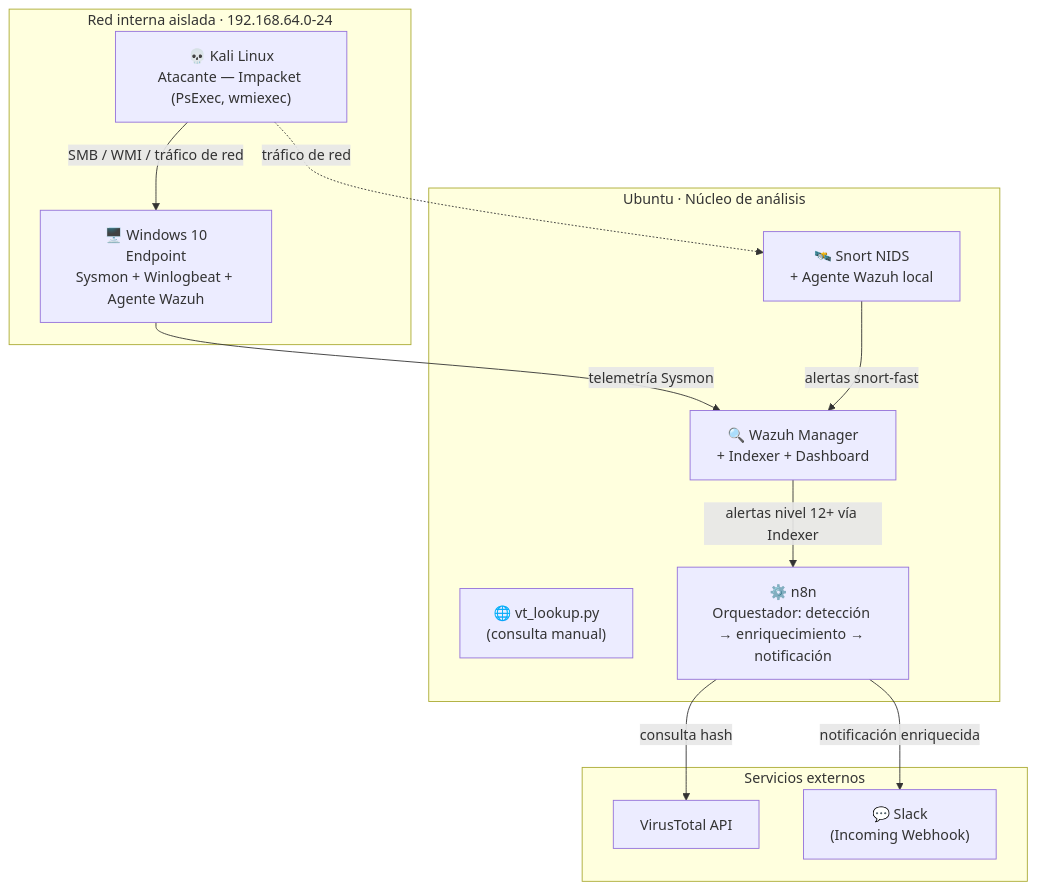
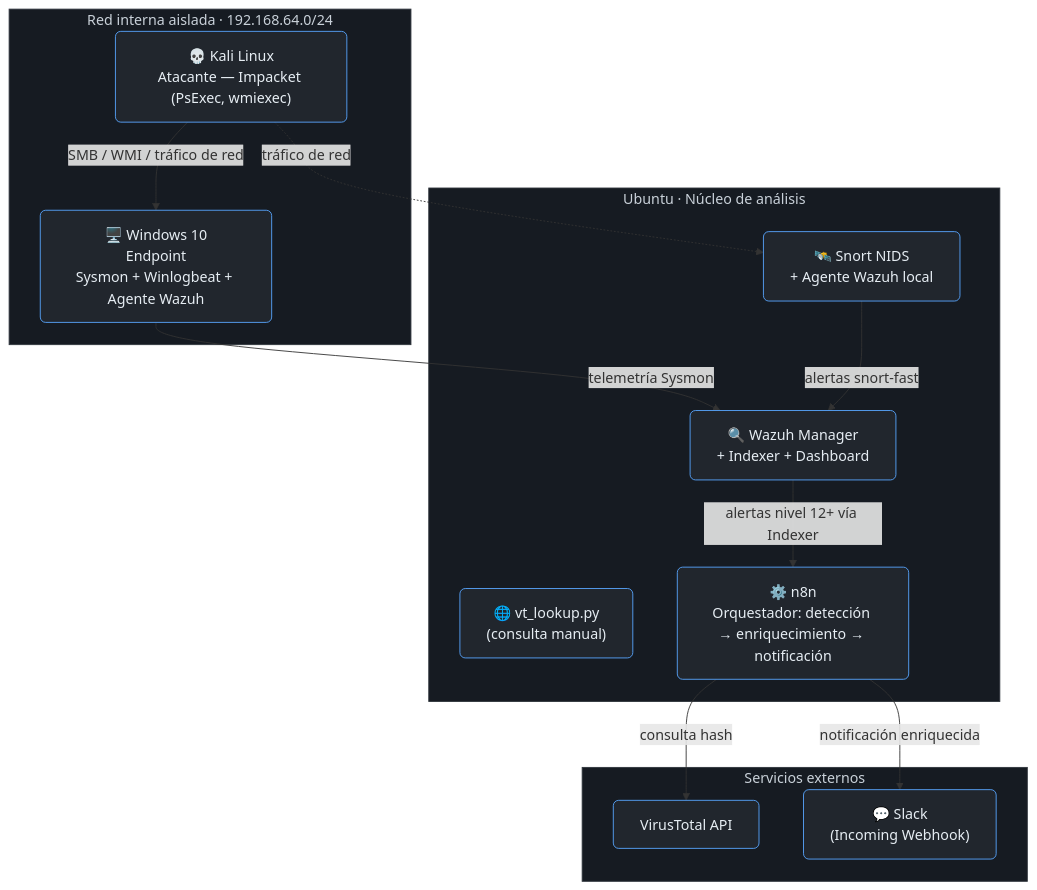
Before and after one commit to braianffernandez096-bripto/Threat-Hunting-Detection-Lab: the diagram in README.md, drawn with Mermaid. The commit also changed other lines of this file, not shown here.

````diff
--- a/README.md
+++ b/README.md
@@ -19,27 +19,32 @@
 ```mermaid
 flowchart TB
-    subgraph Red interna aislada [Red interna aislada · 192.168.64.0-24]
+    subgraph RedInterna ["Red interna aislada · 192.168.64.0/24"]
         WIN["🖥️ Windows 10\nEndpoint\nSysmon + Winlogbeat + Agente Wazuh"]
         KALI["💀 Kali Linux\nAtacante — Impacket (PsExec, wmiexec)"]
     end
 
-    subgraph Ubuntu [Ubuntu · Núcleo de análisis]
+    subgraph Ubuntu ["Ubuntu · Núcleo de análisis"]
         WAZUH["🔍 Wazuh Manager\n+ Indexer + Dashboard"]
         SNORT["🛰️ Snort NIDS\n+ Agente Wazuh local"]
         VT["🌐 vt_lookup.py\n(consulta manual)"]
         N8N["⚙️ n8n\nOrquestador: detección → enriquecimiento → notificación"]
     end
 
-    subgraph Externo [Servicios externos]
+    subgraph Externo ["Servicios externos"]
         VTAPI["VirusTotal API"]
         SLACK["💬 Slack\n(Incoming Webhook)"]
     end
 
     WIN -->|telemetría Sysmon| WAZUH
     KALI -->|SMB / WMI / tráfico de red| WIN
     KALI -.->|tráfico de red| SNORT
     SNORT -->|alertas snort-fast| WAZUH
     WAZUH -->|alertas nivel 12+ vía Indexer| N8N
     N8N -->|consulta hash| VTAPI
     N8N -->|notificación enriquecida| SLACK
+
+    classDef subgraphStyle fill:#161b22,stroke:#30363d,color:#c9d1d9
+    classDef nodeStyle fill:#21262d,stroke:#58a6ff,color:#e6edf3,rx:6,ry:6
+    class RedInterna,Ubuntu,Externo subgraphStyle
+    class WIN,KALI,WAZUH,SNORT,VT,N8N,VTAPI,SLACK nodeStyle
 ```
````
